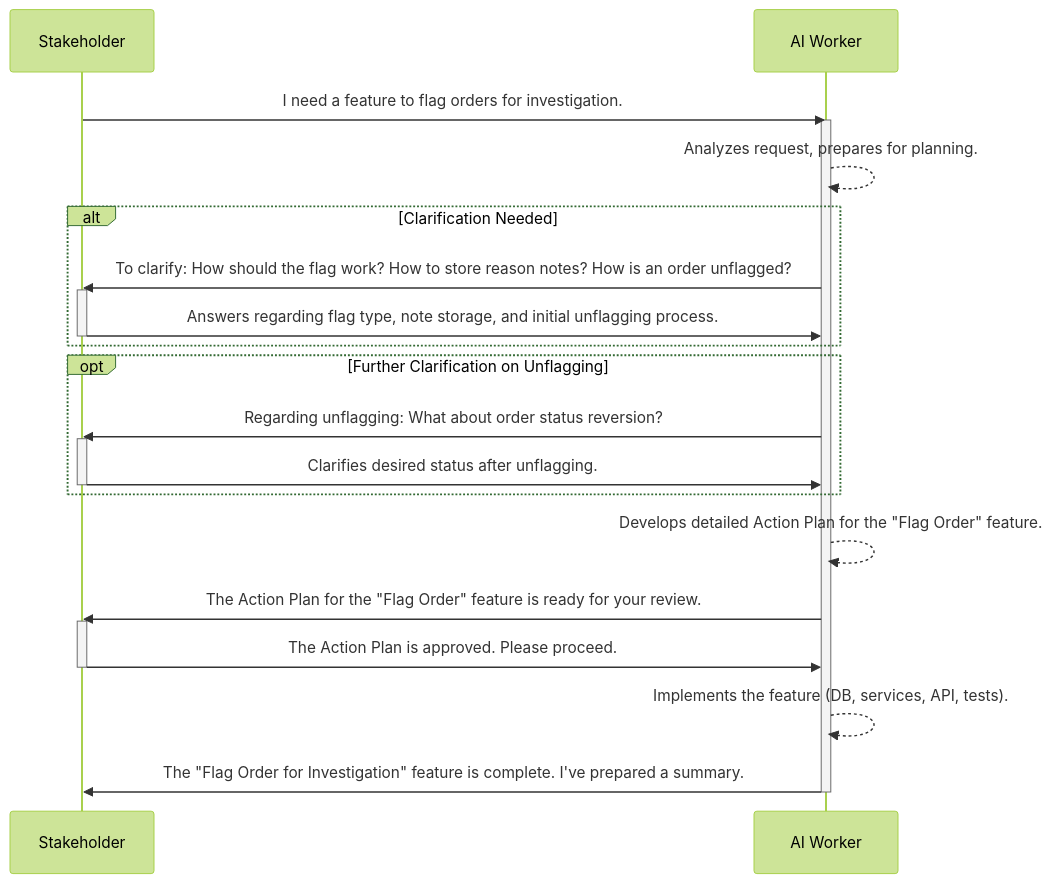
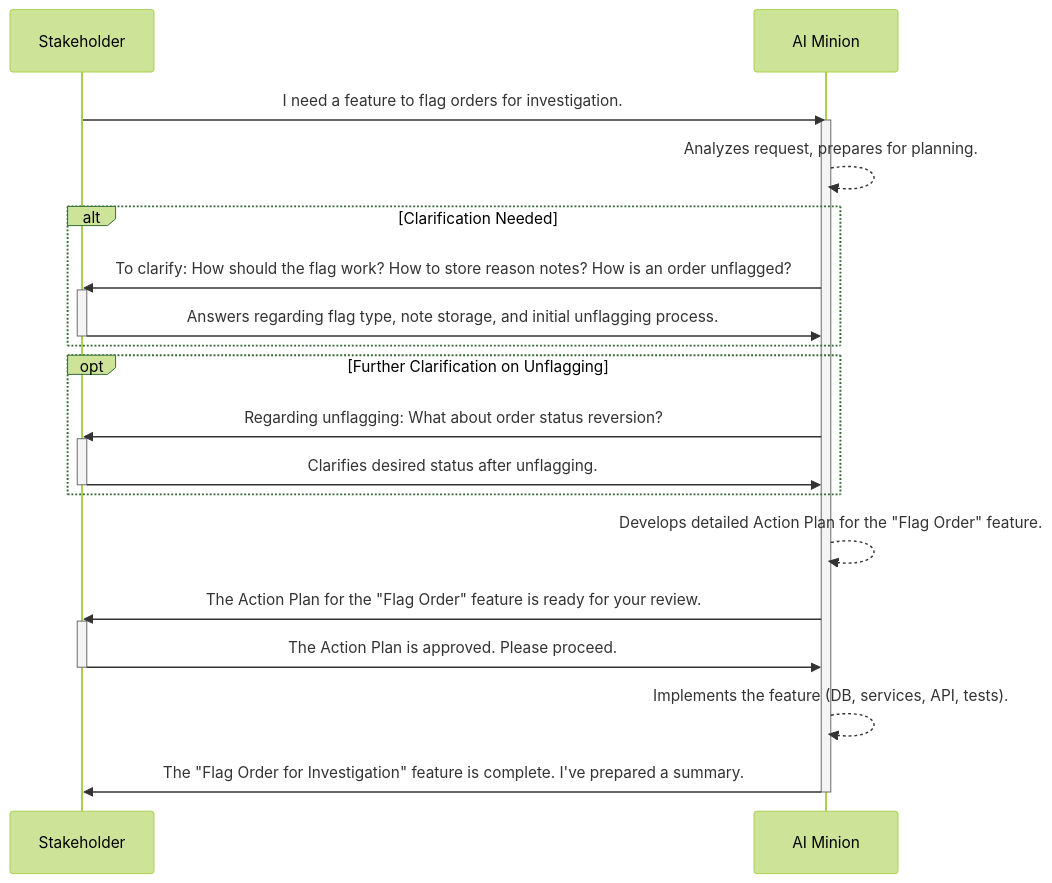
Before and after one commit to krzysztofdudek/ai-minion: the diagram in docs/example_conversation.md, drawn with Mermaid (forest theme). The commit also changed other lines of this file and 6 other files, not shown here.

````diff
--- a/docs/example_conversation.md
+++ b/docs/example_conversation.md
@@ -7,29 +7,29 @@
 ```mermaid
 sequenceDiagram
     participant Stakeholder
-    participant AI Worker
+    participant AI Minion
 
-    Stakeholder->>AI Worker: I need a feature to flag orders for investigation.
-    activate AI Worker
-    AI Worker-->>AI Worker: Analyzes request, prepares for planning.
+    Stakeholder->>AI Minion: I need a feature to flag orders for investigation.
+    activate AI Minion
+    AI Minion-->>AI Minion: Analyzes request, prepares for planning.
     alt Clarification Needed
-        AI Worker->>Stakeholder: To clarify: How should the flag work? How to store reason notes? How is an order unflagged?
+        AI Minion->>Stakeholder: To clarify: How should the flag work? How to store reason notes? How is an order unflagged?
         activate Stakeholder
-        Stakeholder->>AI Worker: Answers regarding flag type, note storage, and initial unflagging process.
+        Stakeholder->>AI Minion: Answers regarding flag type, note storage, and initial unflagging process.
         deactivate Stakeholder
     end
     opt Further Clarification on Unflagging
-        AI Worker->>Stakeholder: Regarding unflagging: What about order status reversion?
+        AI Minion->>Stakeholder: Regarding unflagging: What about order status reversion?
         activate Stakeholder
-        Stakeholder->>AI Worker: Clarifies desired status after unflagging.
+        Stakeholder->>AI Minion: Clarifies desired status after unflagging.
         deactivate Stakeholder
     end
-    AI Worker-->>AI Worker: Develops detailed Action Plan for the "Flag Order" feature.
-    AI Worker->>Stakeholder: The Action Plan for the "Flag Order" feature is ready for your review.
+    AI Minion-->>AI Minion: Develops detailed Action Plan for the "Flag Order" feature.
+    AI Minion->>Stakeholder: The Action Plan for the "Flag Order" feature is ready for your review.
     activate Stakeholder
-    Stakeholder->>AI Worker: The Action Plan is approved. Please proceed.
+    Stakeholder->>AI Minion: The Action Plan is approved. Please proceed.
     deactivate Stakeholder
-    AI Worker-->>AI Worker: Implements the feature (DB, services, API, tests).
-    AI Worker->>Stakeholder: The "Flag Order for Investigation" feature is complete. I've prepared a summary.
-    deactivate AI Worker
+    AI Minion-->>AI Minion: Implements the feature (DB, services, API, tests).
+    AI Minion->>Stakeholder: The "Flag Order for Investigation" feature is complete. I've prepared a summary.
+    deactivate AI Minion
 ```
````
